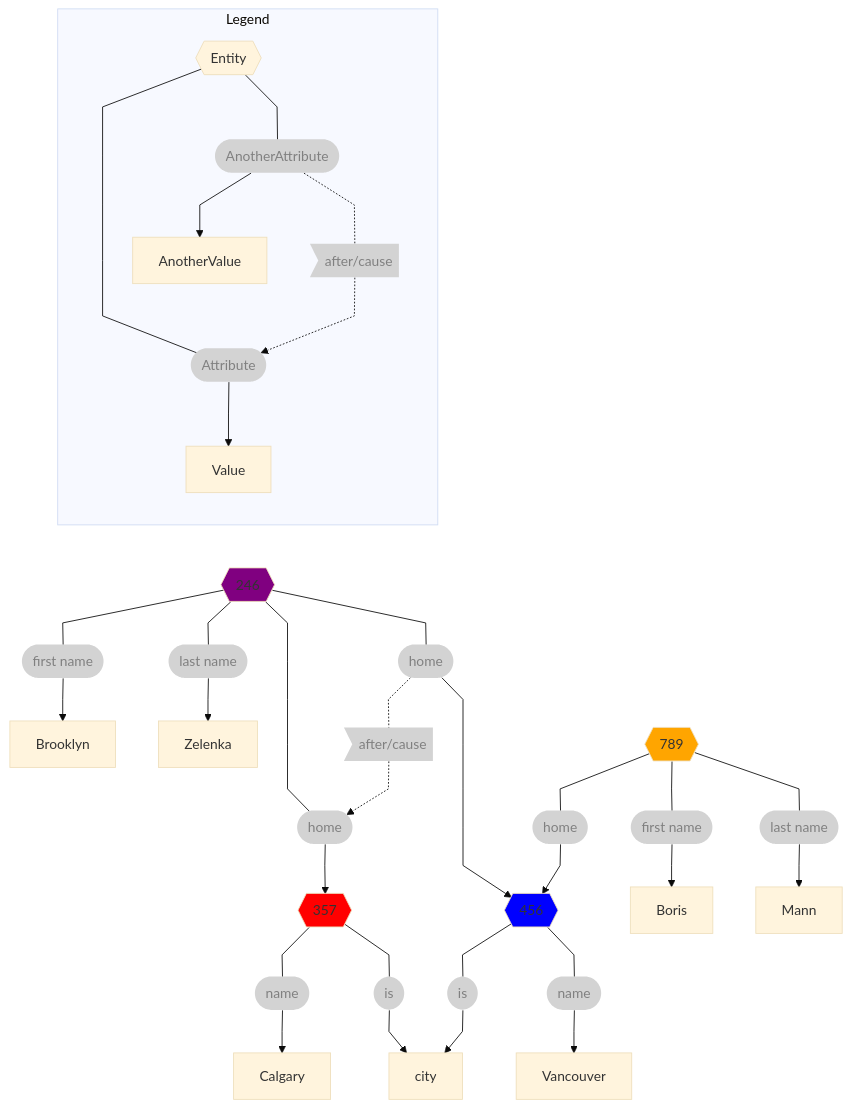
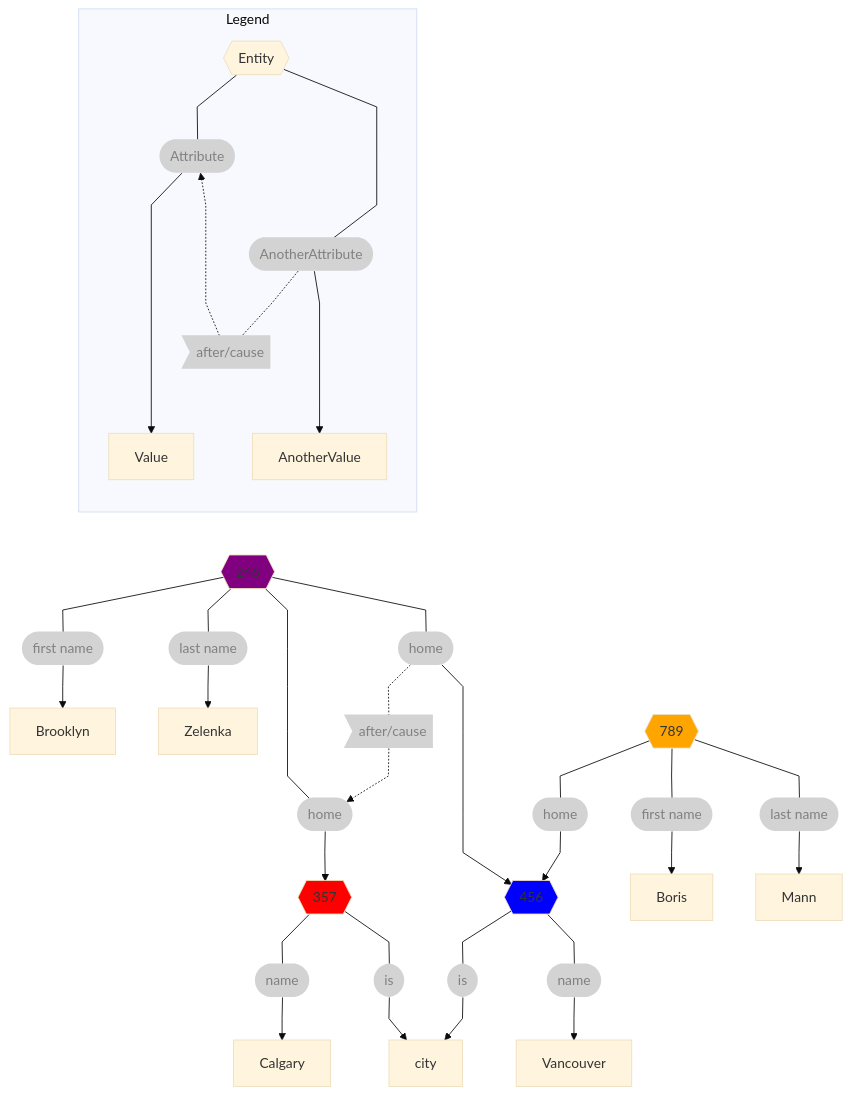
One commit to RhizomeDB/spec changed the first of 2 diagrams in README.md. Above: the diagram before and after it, drawn with Mermaid (base theme).

Commit message:
better legend

````diff
--- a/README.md
+++ b/README.md
@@ -266,38 +266,44 @@
 ``` mermaid
 %%{ init: { 'flowchart': { 'curve': 'linear' } } }%%
 
 flowchart TB
     subgraph Legend
       direction TB
-      entity{{Entity}} --- att([Attribute]):::attr --> Value
-      entity --- att2([AnotherAttribute]):::attr --> AnotherValue
+
+      entity{{Entity}} --- att([Attribute]):::attr ----> Value
       att2 -.- cause>after/cause]:::attr -.-> att
+      att2  ---> AnotherValue
+      entity --- att2([AnotherAttribute]):::attr
+      
+      %% Layout Hacks
+      att ~~~ att2
+      att2 ~~~ att
     end
 
     Legend ~~~ entityBZ
 
     entityBZ{{246}} --- bzFN([first name]):::attr --> Brooklyn
     entityBZ --- bzLN([last name]):::attr --> Zelenka
 
     entityBZ --- bzOldCity([home]):::attr --> entityCgy
     entityBZ --- bzNewCity([home]):::attr --> entityVC
 
     bzNewCity -.- after>after/cause]:::attr .-> bzOldCity
 
     entityBM --- bmCity([home]):::attr --> entityVC
     entityBM{{789}} --- bmFN([first name]):::attr --> Boris
     entityBM --- bmLN([last name]):::attr --> Mann
 
     entityCgy --- calName([name]):::attr --> Calgary
     entityCgy{{357}} --- calIs([is]):::attr --> city
 
     entityVC{{456}} --- vcIs([is]):::attr --> city
     entityVC --- vcName([name]):::attr --> Vancouver
 
     style entityBM fill:orange
     style entityBZ fill:purple
     style entityVC fill:blue
     style entityCgy fill:red
 
     classDef attr fill:lightgrey,color:grey,stroke:none;
 ```
````
